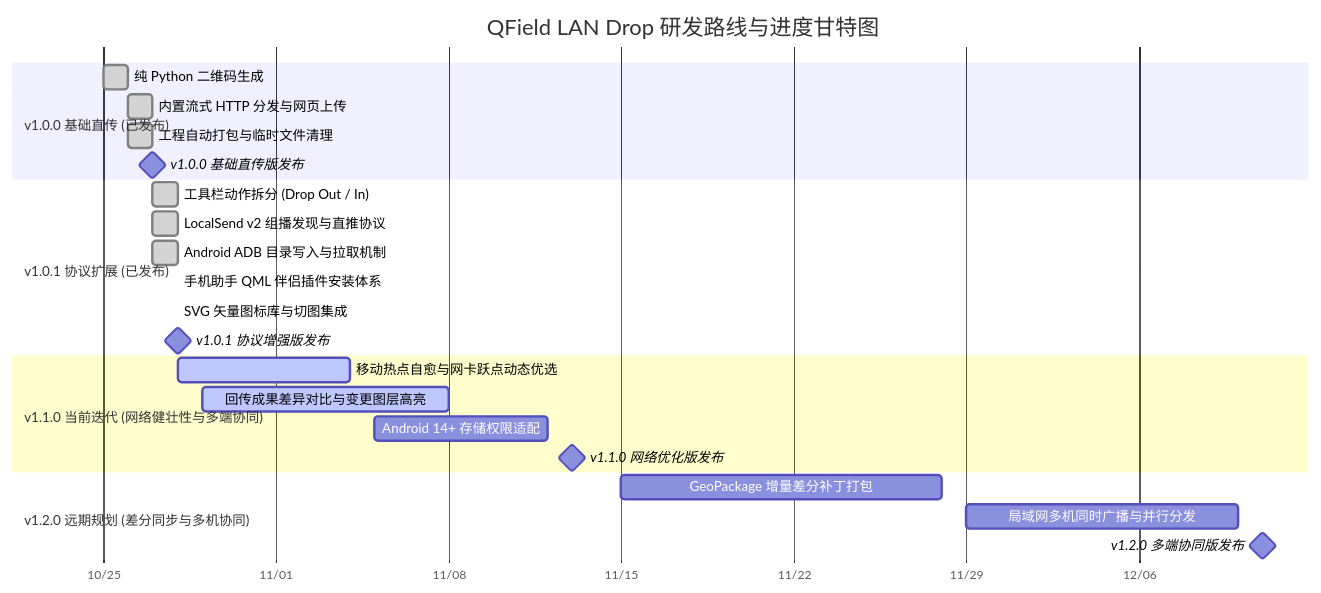
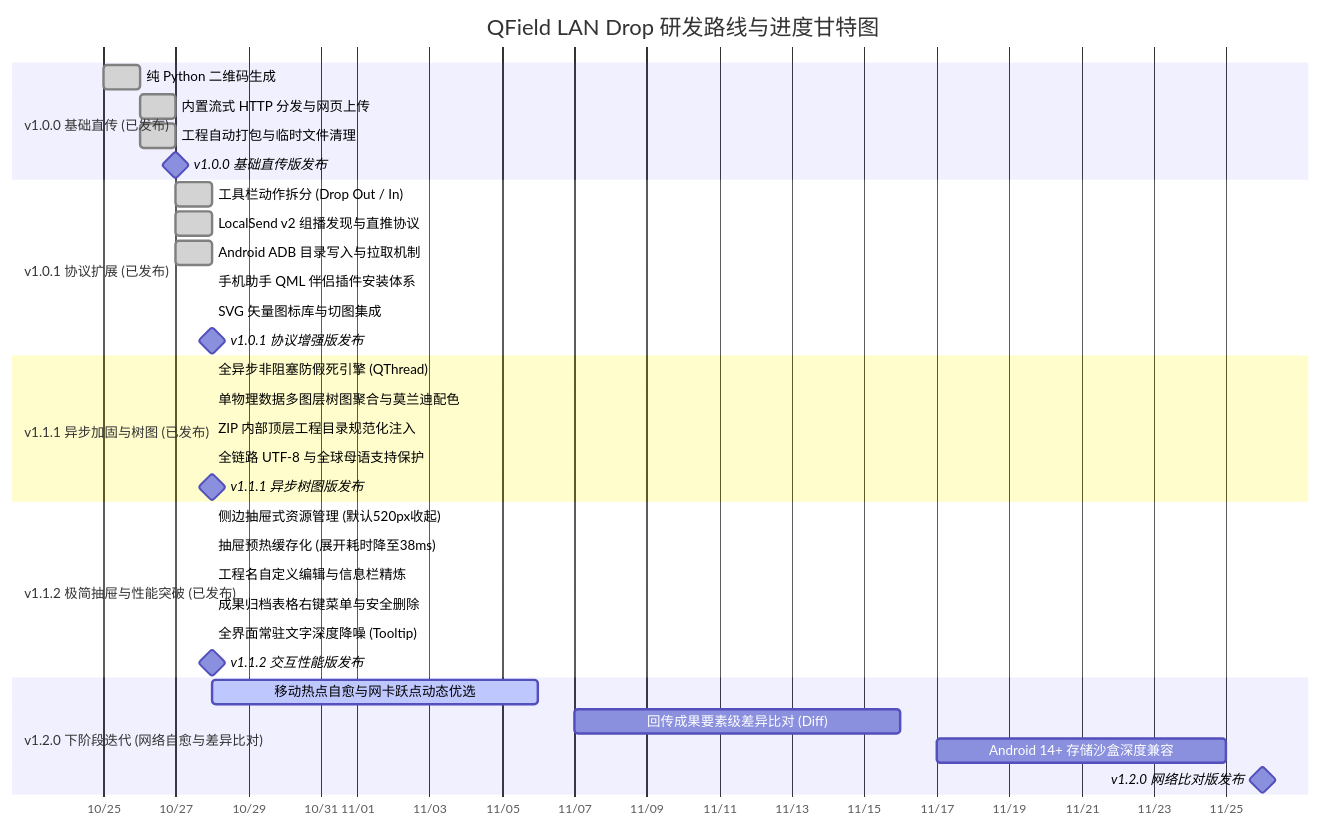
One commit to OpenQGIS/QFieldDrop changed the diagram in ROADMAP.md. Above: the diagram before and after it, drawn with Mermaid. The commit also changed other lines of this file, not shown here.

Commit message:
docs: synchronize ROADMAP with v1.1.1 and v1.1.2 deliverables

````diff
--- a/ROADMAP.md
+++ b/ROADMAP.md
@@ -9,32 +9,42 @@
 ```mermaid
 gantt
     title QField LAN Drop 研发路线与进度甘特图
     dateFormat  YYYY-MM-DD
     axisFormat  %m/%d
     todayMarker stroke-width:2px,stroke:#2563EB,opacity:0.8
 
     section v1.0.0 基础直传 (已发布)
     纯 Python 二维码生成             :done,    t1, 2026-10-25, 2026-10-26
     内置流式 HTTP 分发与网页上传     :done,    t2, 2026-10-26, 2026-10-27
     工程自动打包与临时文件清理       :done,    t3, 2026-10-26, 2026-10-27
     v1.0.0 基础直传版发布            :milestone, m1, 2026-10-27, 0d
 
     section v1.0.1 协议扩展 (已发布)
     工具栏动作拆分 (Drop Out / In)   :done,    t4, 2026-10-27, 2026-10-28
     LocalSend v2 组播发现与直推协议  :done,    t5, 2026-10-27, 2026-10-28
     Android ADB 目录写入与拉取机制   :done,    t6, 2026-10-27, 2026-10-28
     手机助手 QML 伴侣插件安装体系    :done,    t7, 2026-10-28, 2026-10-28
     SVG 矢量图标库与切图集成         :done,    t8, 2026-10-28, 2026-10-28
     v1.0.1 协议增强版发布            :milestone, m2, 2026-10-28, 0d
 
-    section v1.1.0 当前迭代 (网络健壮性与多端协同)
-    移动热点自愈与网卡跃点动态优选   :active,  t9, 2026-10-28, 2026-11-04
-    回传成果差异对比与变更图层高亮   :active,  t10, 2026-10-29, 2026-11-08
-    Android 14+ 存储权限适配         :         t11, 2026-11-05, 2026-11-12
-    v1.1.0 网络优化版发布            :milestone, m3, 2026-11-13, 0d
+    section v1.1.1 异步加固与树图 (已发布)
+    全异步非阻塞防假死引擎 (QThread) :done,    t9, 2026-10-28, 2026-10-28
+    单物理数据多图层树图聚合与莫兰迪配色 :done, t10, 2026-10-28, 2026-10-28
+    ZIP 内部顶层工程目录规范化注入   :done,    t11, 2026-10-28, 2026-10-28
+    全链路 UTF-8 与全球母语支持保护  :done,    t12, 2026-10-28, 2026-10-28
+    v1.1.1 异步树图版发布            :milestone, m3, 2026-10-28, 0d
 
-    section v1.2.0 远期规划 (差分同步与多机协同)
-    GeoPackage 增量差分补丁打包      :         t12, 2026-11-15, 2026-11-28
-    局域网多机同时广播与并行分发     :         t13, 2026-11-29, 2026-12-10
-    v1.2.0 多端协同版发布            :milestone, m4, 2026-12-11, 0d
+    section v1.1.2 极简抽屉与性能突破 (已发布)
+    侧边抽屉式资源管理 (默认520px收起) :done,  t13, 2026-10-28, 2026-10-28
+    抽屉预热缓存化 (展开耗时降至38ms)  :done,  t14, 2026-10-28, 2026-10-28
+    工程名自定义编辑与信息栏精炼     :done,    t15, 2026-10-28, 2026-10-28
+    成果归档表格右键菜单与安全删除   :done,    t16, 2026-10-28, 2026-10-28
+    全界面常驻文字深度降噪 (Tooltip) :done,    t17, 2026-10-28, 2026-10-28
+    v1.1.2 交互性能版发布            :milestone, m4, 2026-10-28, 0d
+
+    section v1.2.0 下阶段迭代 (网络自愈与差异比对)
+    移动热点自愈与网卡跃点动态优选   :active,  t18, 2026-10-28, 2026-11-06
+    回传成果要素级差异比对 (Diff)    :         t19, 2026-11-07, 2026-11-16
+    Android 14+ 存储沙盒深度兼容     :         t20, 2026-11-17, 2026-11-25
+    v1.2.0 网络比对版发布            :milestone, m5, 2026-11-26, 0d
 ```
````
